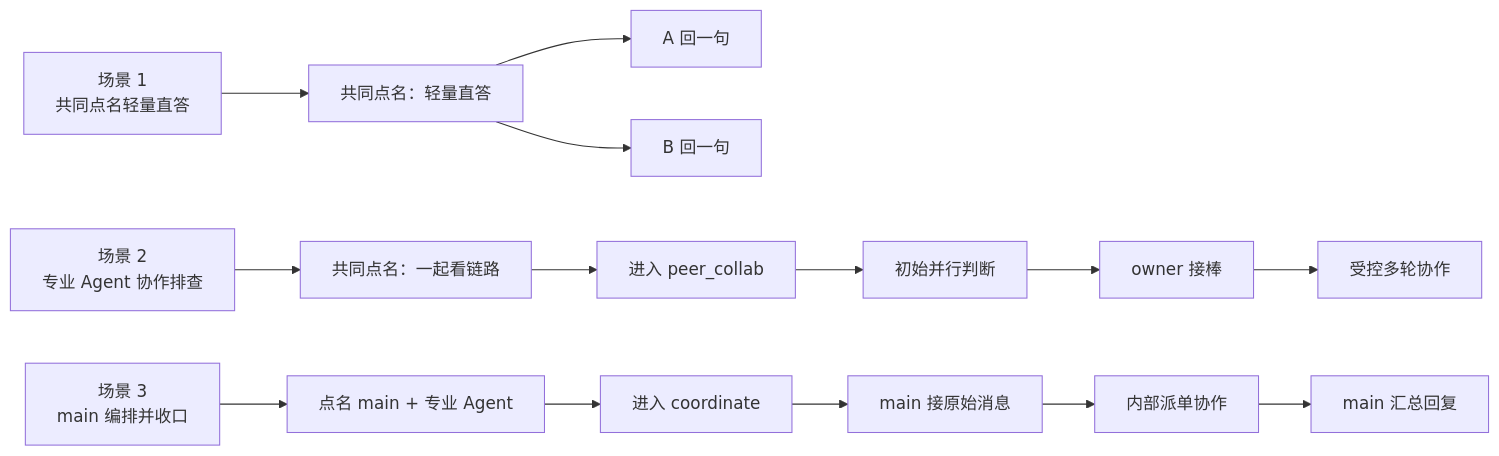
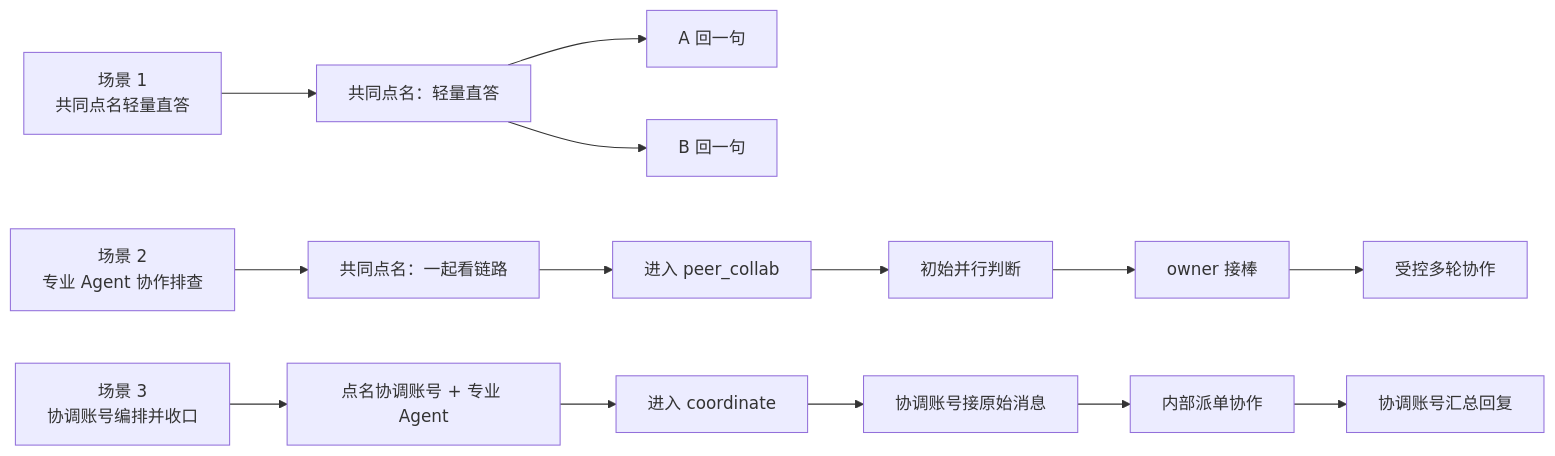
The second of 2 diagrams in README.md (jlon/openclaw-feishu-plugin), drawn with Mermaid before and after one commit. The commit also changed other lines of this file and 16 other files, not shown here.

````diff
--- a/README.md
+++ b/README.md
@@ -177,18 +179,18 @@
 ```mermaid
 flowchart LR
     S1["场景 1<br/>共同点名轻量直答"] --> S1A["共同点名：轻量直答"]
     S1A --> S1B["A 回一句"]
     S1A --> S1C["B 回一句"]
 
     S2["场景 2<br/>专业 Agent 协作排查"] --> S2A["共同点名：一起看链路"]
     S2A --> S2B["进入 peer_collab"]
     S2B --> S2C["初始并行判断"]
     S2C --> S2D["owner 接棒"]
     S2D --> S2E["受控多轮协作"]
 
-    S3["场景 3<br/>main 编排并收口"] --> S3A["点名 main + 专业 Agent"]
+    S3["场景 3<br/>协调账号编排并收口"] --> S3A["点名协调账号 + 专业 Agent"]
     S3A --> S3B["进入 coordinate"]
-    S3B --> S3C["main 接原始消息"]
+    S3B --> S3C["协调账号接原始消息"]
     S3C --> S3D["内部派单协作"]
-    S3D --> S3E["main 汇总回复"]
+    S3D --> S3E["协调账号汇总回复"]
 ```
````
